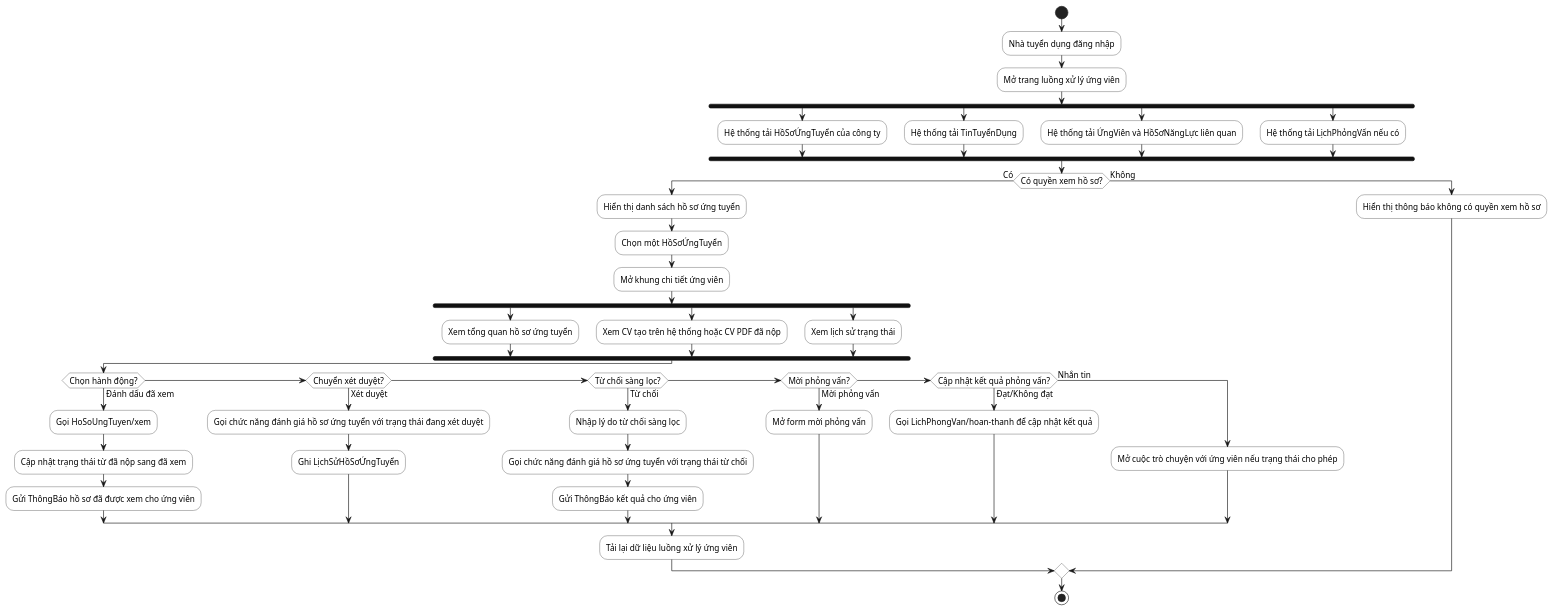
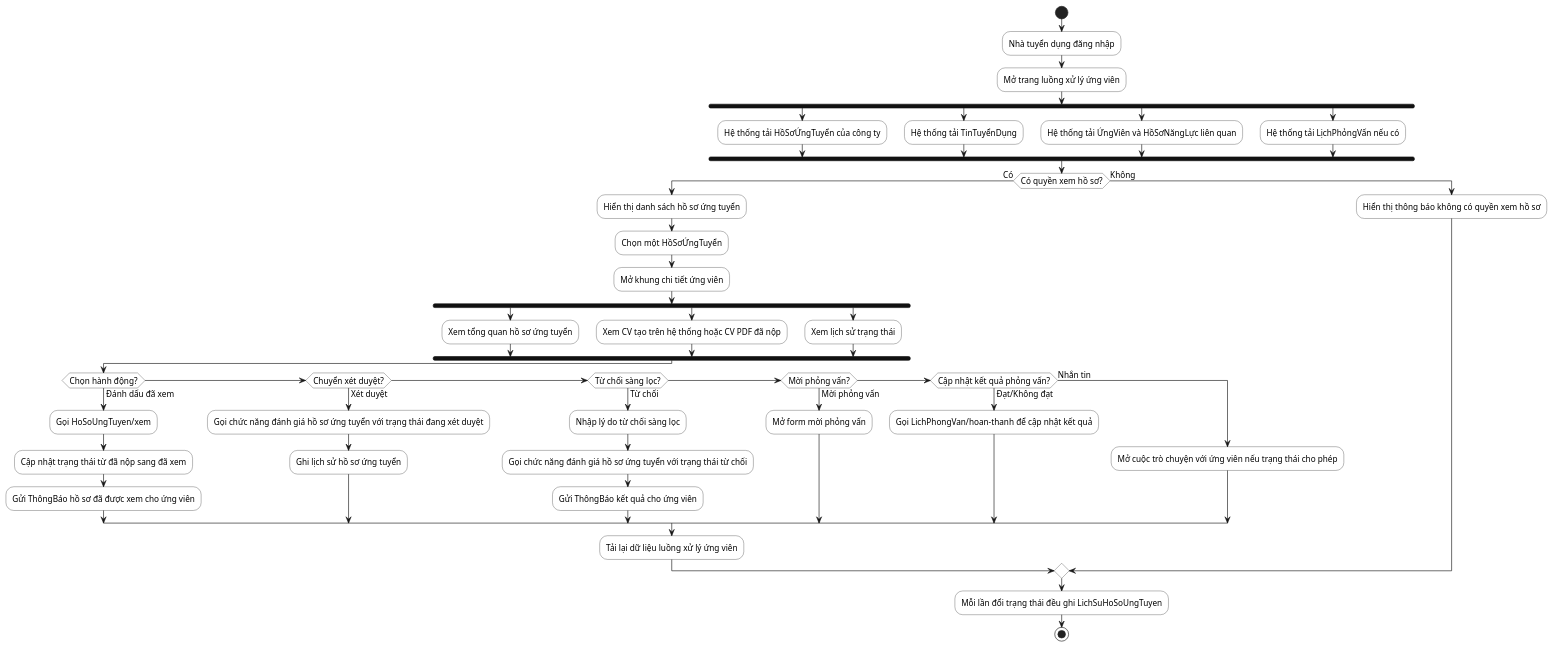
Before and after one commit to hole-six/DoAn: the diagram in docs/so-do/02-activity/17-activity-quan-ly-ho-so-ung-vien.puml, drawn with PlantUML. The commit also changed 66 other files, not shown here.

```diff
--- a/docs/so-do/02-activity/17-activity-quan-ly-ho-so-ung-vien.puml
+++ b/docs/so-do/02-activity/17-activity-quan-ly-ho-so-ung-vien.puml
@@ -1,59 +1,60 @@
 @startuml
 skinparam defaultFontName "Segoe UI"
 skinparam defaultFontSize 13
 skinparam shadowing false
 skinparam linetype ortho
 skinparam activity {
   BackgroundColor White
   BorderColor #222222
   DiamondBackgroundColor White
   DiamondBorderColor #222222
   BarColor #111111
 }
 start
 :Nhà tuyển dụng đăng nhập;
 :Mở trang luồng xử lý ứng viên;
 fork
   :Hệ thống tải HồSơỨngTuyển của công ty;
 fork again
   :Hệ thống tải TinTuyểnDụng;
 fork again
   :Hệ thống tải ỨngViên và HồSơNăngLực liên quan;
 fork again
   :Hệ thống tải LịchPhỏngVấn nếu có;
 end fork
 if (Có quyền xem hồ sơ?) then (Có)
   :Hiển thị danh sách hồ sơ ứng tuyển;
   :Chọn một HồSơỨngTuyển;
   :Mở khung chi tiết ứng viên;
   fork
     :Xem tổng quan hồ sơ ứng tuyển;
   fork again
     :Xem CV tạo trên hệ thống hoặc CV PDF đã nộp;
   fork again
     :Xem lịch sử trạng thái;
   end fork
   if (Chọn hành động?) then (Đánh dấu đã xem)
     :Gọi HoSoUngTuyen/xem;
     :Cập nhật trạng thái từ đã nộp sang đã xem;
     :Gửi ThôngBáo hồ sơ đã được xem cho ứng viên;
   elseif (Chuyển xét duyệt?) then (Xét duyệt)
     :Gọi chức năng đánh giá hồ sơ ứng tuyển với trạng thái đang xét duyệt;
-    :Ghi LịchSửHồSơỨngTuyển;
+    :Ghi lịch sử hồ sơ ứng tuyển;
   elseif (Từ chối sàng lọc?) then (Từ chối)
     :Nhập lý do từ chối sàng lọc;
     :Gọi chức năng đánh giá hồ sơ ứng tuyển với trạng thái từ chối;
     :Gửi ThôngBáo kết quả cho ứng viên;
   elseif (Mời phỏng vấn?) then (Mời phỏng vấn)
     :Mở form mời phỏng vấn;
   elseif (Cập nhật kết quả phỏng vấn?) then (Đạt/Không đạt)
     :Gọi LichPhongVan/hoan-thanh để cập nhật kết quả;
   else (Nhắn tin)
     :Mở cuộc trò chuyện với ứng viên nếu trạng thái cho phép;
   endif
   :Tải lại dữ liệu luồng xử lý ứng viên;
 else (Không)
   :Hiển thị thông báo không có quyền xem hồ sơ;
 endif
+:Mỗi lần đổi trạng thái đều ghi LichSuHoSoUngTuyen;
 stop
 @enduml
```
